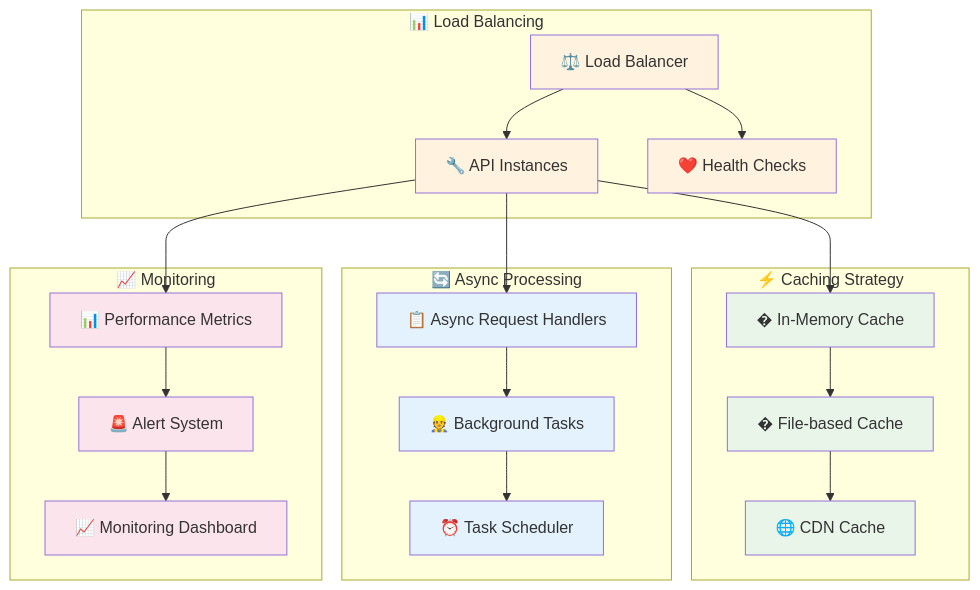
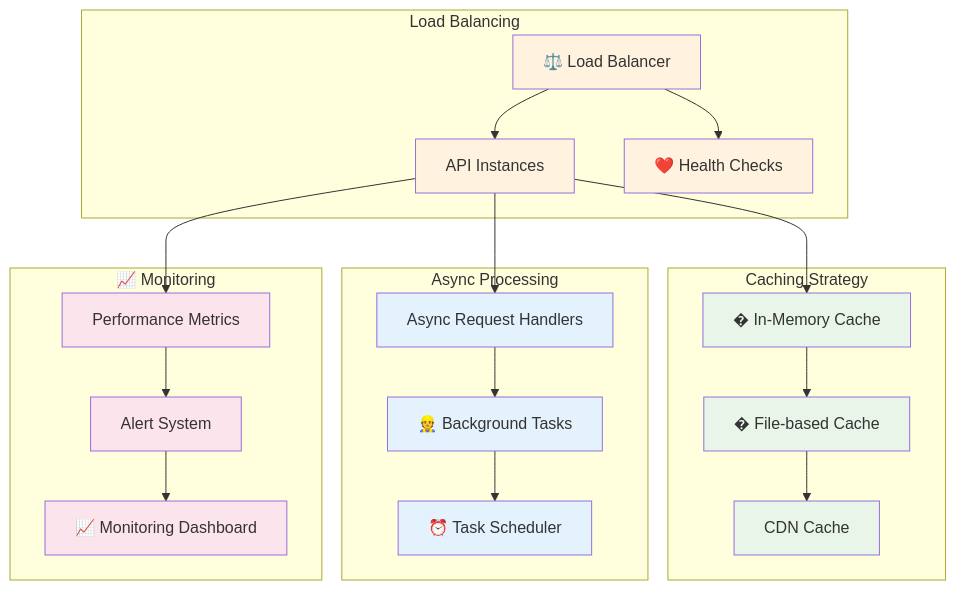
Diagram 13 of 13 in docs/architecture/README.md (the-ingenious-dark-knight/Insight_Ingenious), drawn with Mermaid before and after one commit. The commit also changed other lines of this file and 23 other files, not shown here.

````diff
--- a/docs/architecture/README.md
+++ b/docs/architecture/README.md
@@ -695,52 +695,52 @@
 ```mermaid
 graph TB
-    subgraph "⚡ Caching Strategy"
+    subgraph " Caching Strategy"
         MEMORY[� In-Memory Cache]
         FILE_CACHE[� File-based Cache]
-        CDN[🌐 CDN Cache]
+        CDN[ CDN Cache]
     end
 
-    subgraph "📊 Load Balancing"
+    subgraph " Load Balancing"
         LOAD_BALANCER[⚖️ Load Balancer]
-        API_INSTANCES[🔧 API Instances]
+        API_INSTANCES[ API Instances]
         HEALTH_CHECK[❤️ Health Checks]
     end
 
-    subgraph "🔄 Async Processing"
-        ASYNC_HANDLERS[📋 Async Request Handlers]
+    subgraph " Async Processing"
+        ASYNC_HANDLERS[ Async Request Handlers]
         BACKGROUND_TASKS[👷 Background Tasks]
         SCHEDULER[⏰ Task Scheduler]
     end
 
     subgraph "📈 Monitoring"
-        METRICS[📊 Performance Metrics]
-        ALERTS[🚨 Alert System]
+        METRICS[ Performance Metrics]
+        ALERTS[ Alert System]
         DASHBOARDS[📈 Monitoring Dashboard]
     end
 
     MEMORY --> FILE_CACHE
     FILE_CACHE --> CDN
 
     LOAD_BALANCER --> API_INSTANCES
     LOAD_BALANCER --> HEALTH_CHECK
 
     ASYNC_HANDLERS --> BACKGROUND_TASKS
     BACKGROUND_TASKS --> SCHEDULER
 
     METRICS --> ALERTS
     ALERTS --> DASHBOARDS
 
     API_INSTANCES --> MEMORY
     API_INSTANCES --> ASYNC_HANDLERS
     API_INSTANCES --> METRICS
 
     classDef cache fill:#e8f5e8
     classDef balance fill:#fff3e0
     classDef async fill:#e3f2fd
     classDef monitor fill:#fce4ec
 
     class MEMORY,FILE_CACHE,CDN cache
     class LOAD_BALANCER,API_INSTANCES,HEALTH_CHECK balance
     class ASYNC_HANDLERS,BACKGROUND_TASKS,SCHEDULER async
     class METRICS,ALERTS,DASHBOARDS monitor
 ```
````
